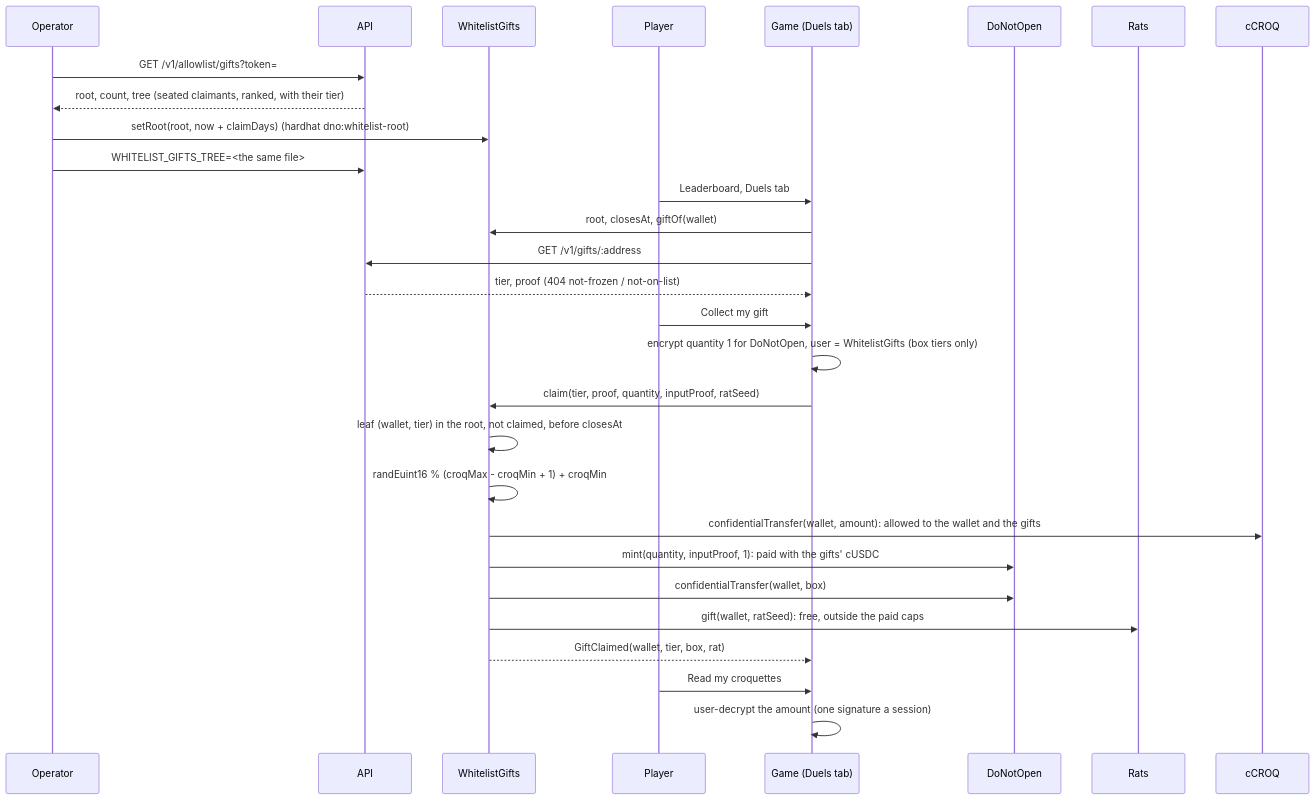
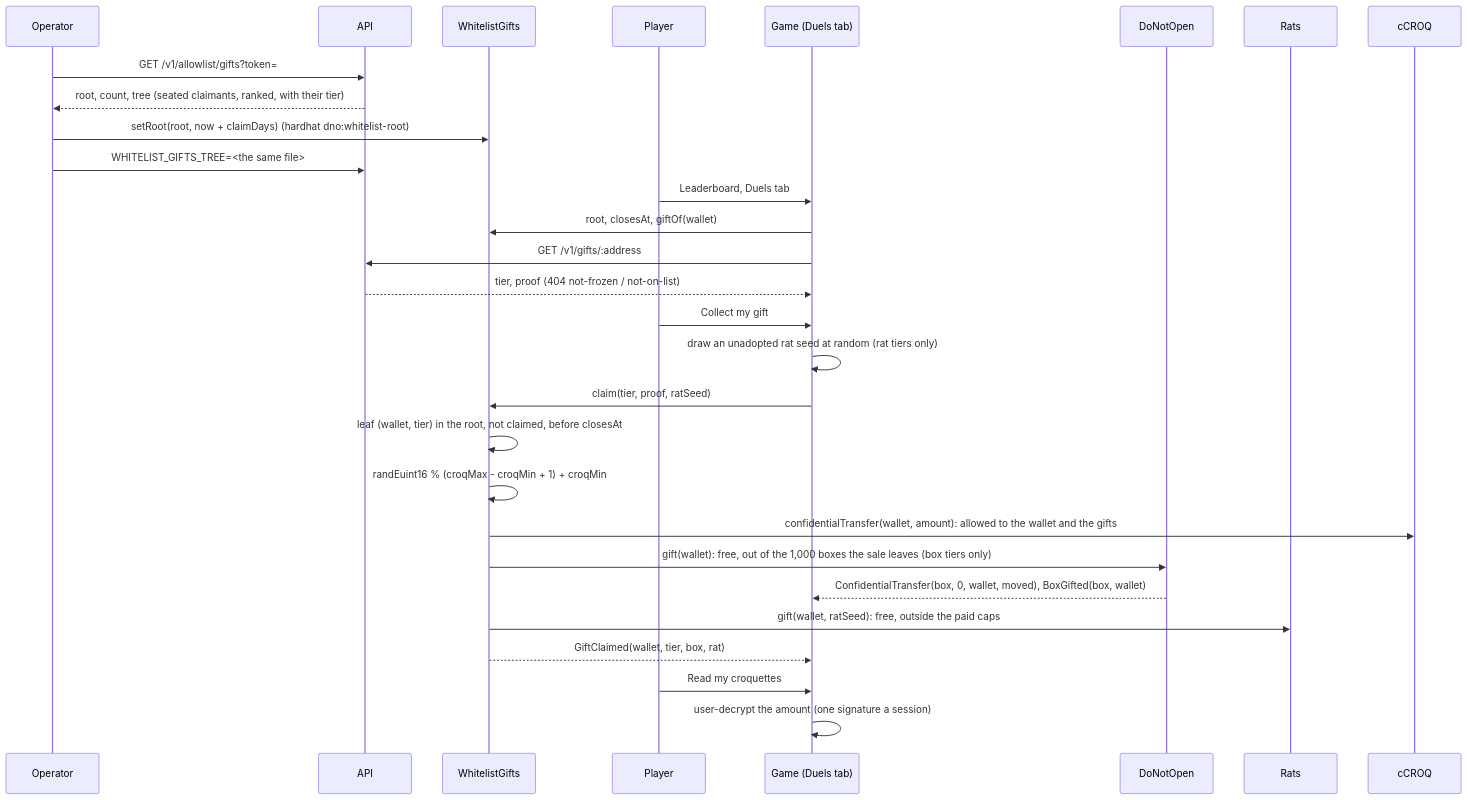
One commit to jecombe/do_not_open changed diagram 13 of 41 in docs/FLOWS.md. Above: the diagram before and after it, drawn with Mermaid. The commit also changed other lines of this file and 64 other files, not shown here.

Commit message:
Mint the whitelist's gift boxes free out of a 1,000-box reserve the sale leaves, and redeploy the game on Sepolia

````diff
--- a/docs/FLOWS.md
+++ b/docs/FLOWS.md
@@ -471,31 +471,31 @@
 ```mermaid
 sequenceDiagram
   participant Op as Operator
   participant API
   participant G as WhitelistGifts
   participant U as Player
   participant App as Game (Duels tab)
   participant D as DoNotOpen
   participant R as Rats
   participant C as cCROQ
   Op->>API: GET /v1/allowlist/gifts?token=
   API-->>Op: root, count, tree (seated claimants, ranked, with their tier)
   Op->>G: setRoot(root, now + claimDays) (hardhat dno:whitelist-root)
   Op->>API: WHITELIST_GIFTS_TREE=<the same file>
   U->>App: Leaderboard, Duels tab
   App->>G: root, closesAt, giftOf(wallet)
   App->>API: GET /v1/gifts/:address
   API-->>App: tier, proof (404 not-frozen / not-on-list)
   U->>App: Collect my gift
-  App->>App: encrypt quantity 1 for DoNotOpen, user = WhitelistGifts (box tiers only)
-  App->>G: claim(tier, proof, quantity, inputProof, ratSeed)
+  App->>App: draw an unadopted rat seed at random (rat tiers only)
+  App->>G: claim(tier, proof, ratSeed)
   G->>G: leaf (wallet, tier) in the root, not claimed, before closesAt
   G->>G: randEuint16 % (croqMax - croqMin + 1) + croqMin
   G->>C: confidentialTransfer(wallet, amount): allowed to the wallet and the gifts
-  G->>D: mint(quantity, inputProof, 1): paid with the gifts' cUSDC
-  G->>D: confidentialTransfer(wallet, box)
+  G->>D: gift(wallet): free, out of the 1,000 boxes the sale leaves (box tiers only)
+  D-->>App: ConfidentialTransfer(box, 0, wallet, moved), BoxGifted(box, wallet)
   G->>R: gift(wallet, ratSeed): free, outside the paid caps
   G-->>App: GiftClaimed(wallet, tier, box, rat)
   U->>App: Read my croquettes
   App->>App: user-decrypt the amount (one signature a session)
 ```
````
